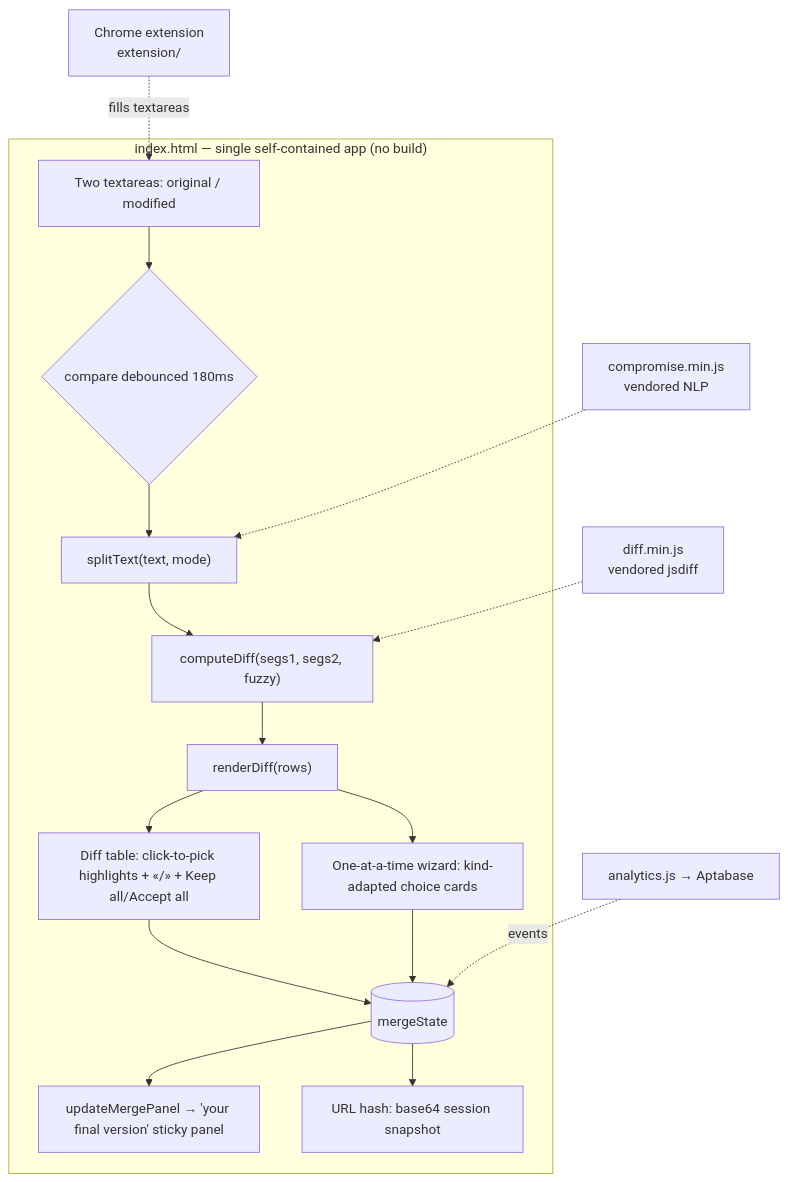
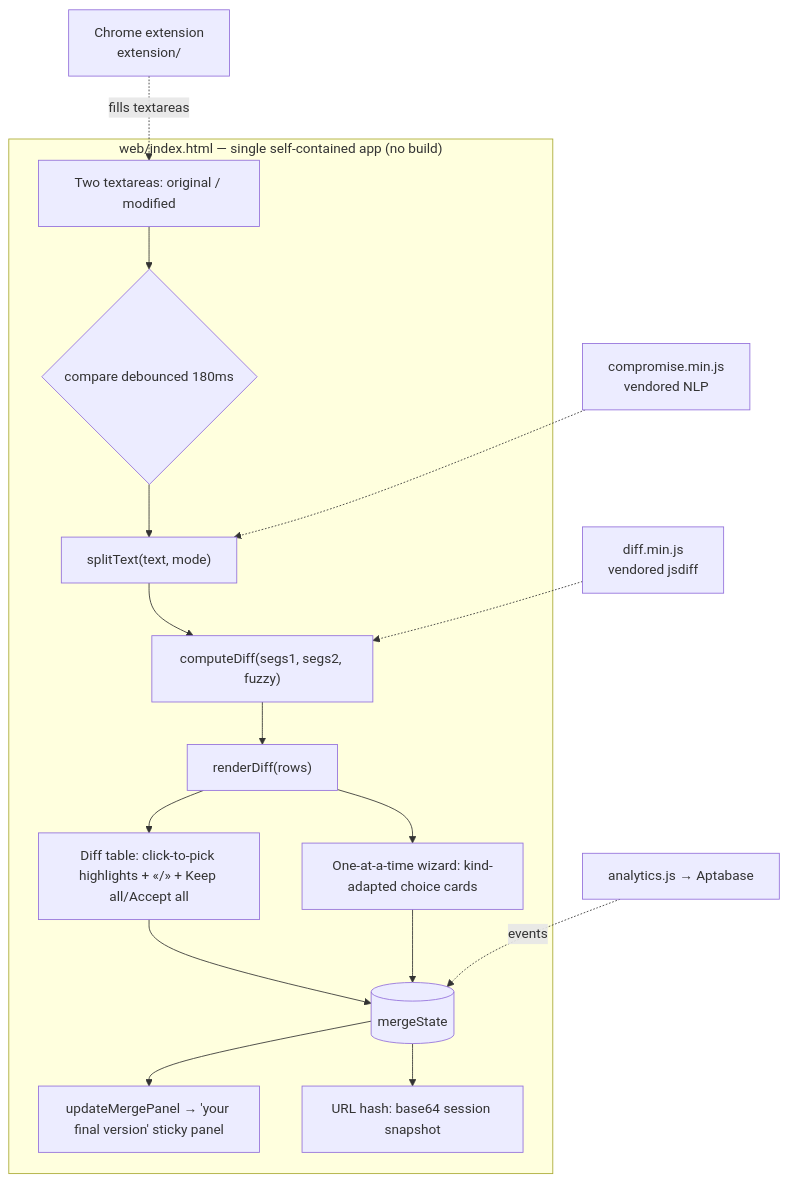
One commit to yusuferisen/differ changed the first of 2 diagrams in docs/OVERVIEW.md. Above: the diagram before and after it, drawn with Mermaid. The commit also changed other lines of this file and 27 other files, not shown here.

````diff
--- a/docs/OVERVIEW.md
+++ b/docs/OVERVIEW.md
@@ -17,19 +17,19 @@
 ```mermaid
 flowchart TD
-  subgraph Browser["index.html — single self-contained app (no build)"]
+  subgraph Browser["web/index.html — single self-contained app (no build)"]
     TA[Two textareas: original / modified] --> C{compare debounced 180ms}
     C --> SP["splitText(text, mode)"]
     SP --> CD["computeDiff(segs1, segs2, fuzzy)"]
     CD --> RD["renderDiff(rows)"]
     RD --> DT[Diff table: click-to-pick highlights + «/» + Keep all/Accept all]
     RD --> WZ[One-at-a-time wizard: kind-adapted choice cards]
     DT --> MS[(mergeState)]
     WZ --> MS
     MS --> MP[updateMergePanel → 'your final version' sticky panel]
     MS --> HASH[URL hash: base64 session snapshot]
   end
   CJS[compromise.min.js\nvendored NLP] -.-> SP
   DJS[diff.min.js\nvendored jsdiff] -.-> CD
   EXT[Chrome extension\nextension/] -.fills textareas.-> TA
   APT[analytics.js → Aptabase] -.events.-> MS
 ```
````
